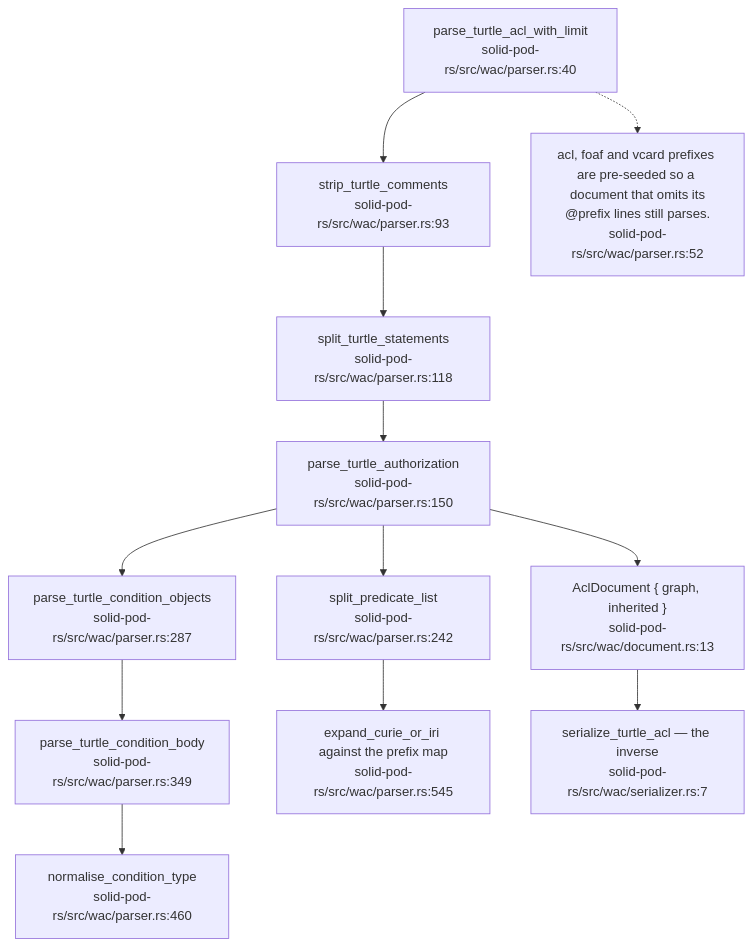
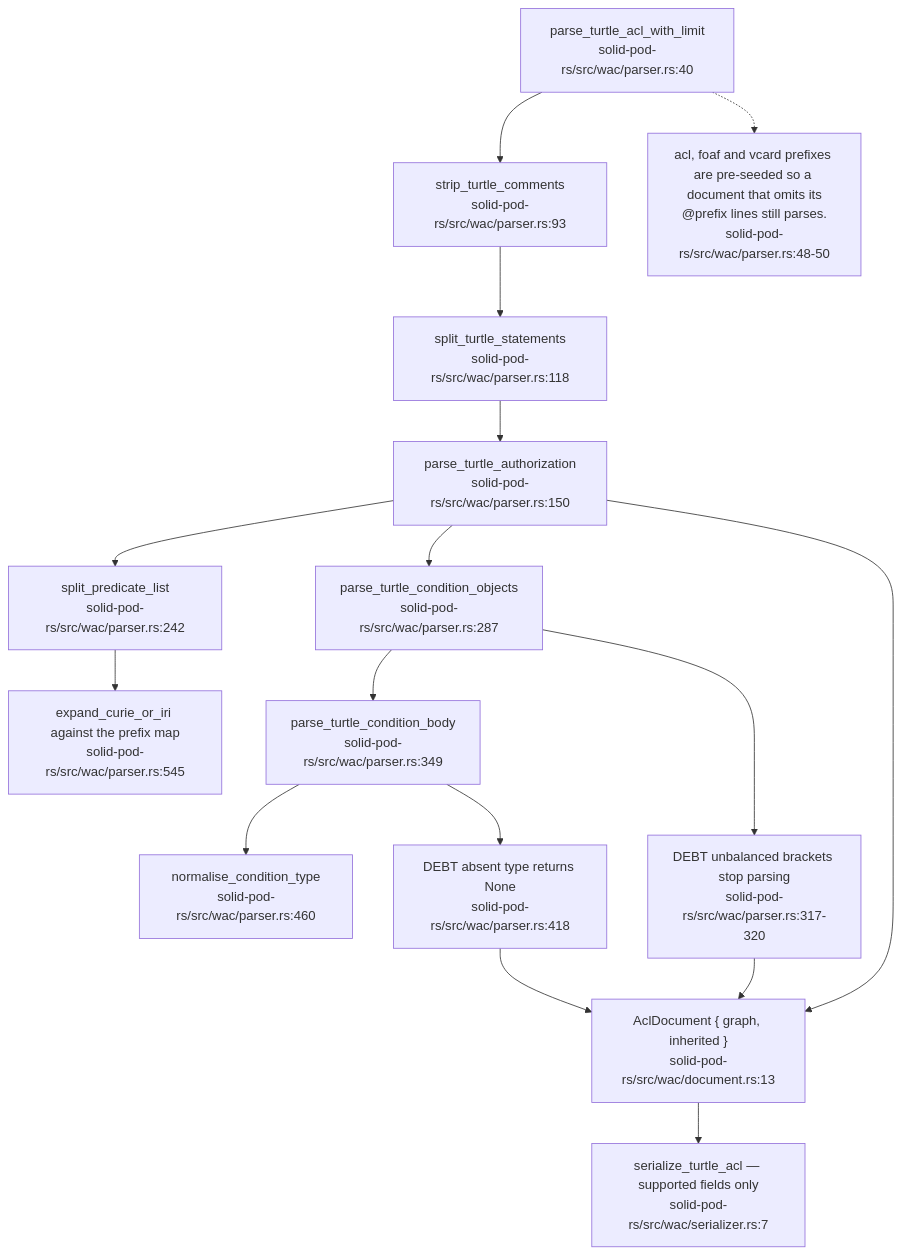
One commit to DreamLab-AI/VisionFlow changed the tenth of 13 diagrams in docs/diagrams/solid-pod-rs/04-wac-authorisation.md. Above: the diagram before and after it, drawn with Mermaid. The commit also changed other lines of this file and 29 other files, not shown here.

Commit message:
docs: audit Solid policy parsing and typed resolver adoption

````diff
--- a/docs/diagrams/solid-pod-rs/04-wac-authorisation.md
+++ b/docs/diagrams/solid-pod-rs/04-wac-authorisation.md
@@ -304,23 +309,27 @@
 ```mermaid
 flowchart TD
     IN["parse_turtle_acl_with_limit<br/>solid-pod-rs/src/wac/parser.rs:40"]
     STRIP["strip_turtle_comments<br/>solid-pod-rs/src/wac/parser.rs:93"]
     SPLIT["split_turtle_statements<br/>solid-pod-rs/src/wac/parser.rs:118"]
     AUTH["parse_turtle_authorization<br/>solid-pod-rs/src/wac/parser.rs:150"]
     PRED["split_predicate_list<br/>solid-pod-rs/src/wac/parser.rs:242"]
     COBJ["parse_turtle_condition_objects<br/>solid-pod-rs/src/wac/parser.rs:287"]
     CBOD["parse_turtle_condition_body<br/>solid-pod-rs/src/wac/parser.rs:349"]
     NORM["normalise_condition_type<br/>solid-pod-rs/src/wac/parser.rs:460"]
     CURIE["expand_curie_or_iri against the prefix map<br/>solid-pod-rs/src/wac/parser.rs:545"]
     DOC["AclDocument { graph, inherited }<br/>solid-pod-rs/src/wac/document.rs:13"]
-    SER["serialize_turtle_acl — the inverse<br/>solid-pod-rs/src/wac/serializer.rs:7"]
+    SER["serialize_turtle_acl — supported fields only<br/>solid-pod-rs/src/wac/serializer.rs:7"]
 
     IN --> STRIP --> SPLIT --> AUTH
     AUTH --> PRED --> CURIE
     AUTH --> COBJ --> CBOD --> NORM
+    COBJ --> LOST["DEBT unbalanced brackets stop parsing<br/>solid-pod-rs/src/wac/parser.rs:317-320"]
+    CBOD --> LOST2["DEBT absent type returns None<br/>solid-pod-rs/src/wac/parser.rs:418"]
+    LOST --> DOC
+    LOST2 --> DOC
     AUTH --> DOC
     DOC --> SER
 
-    N["acl, foaf and vcard prefixes are pre-seeded so a document that omits its<br/>@prefix lines still parses.<br/>solid-pod-rs/src/wac/parser.rs:52"]
+    N["acl, foaf and vcard prefixes are pre-seeded so a document that omits its<br/>@prefix lines still parses.<br/>solid-pod-rs/src/wac/parser.rs:48-50"]
     IN -.-> N
 ```
````
